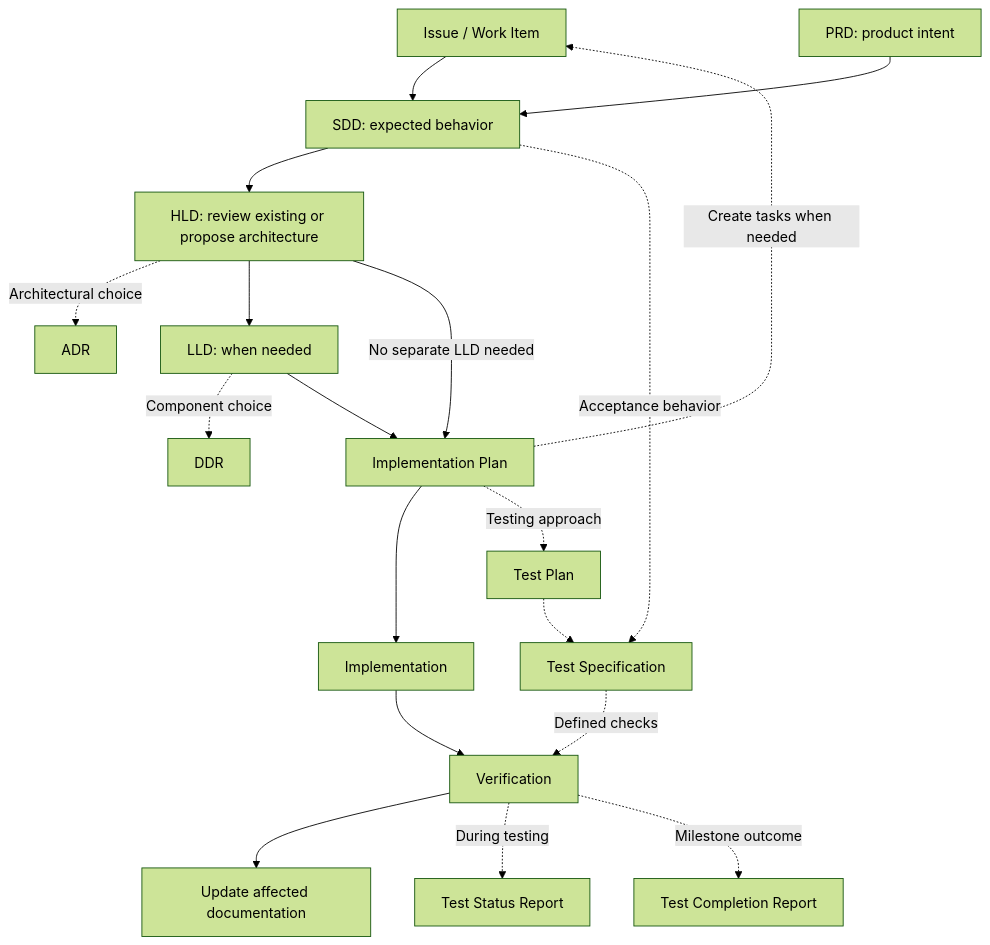
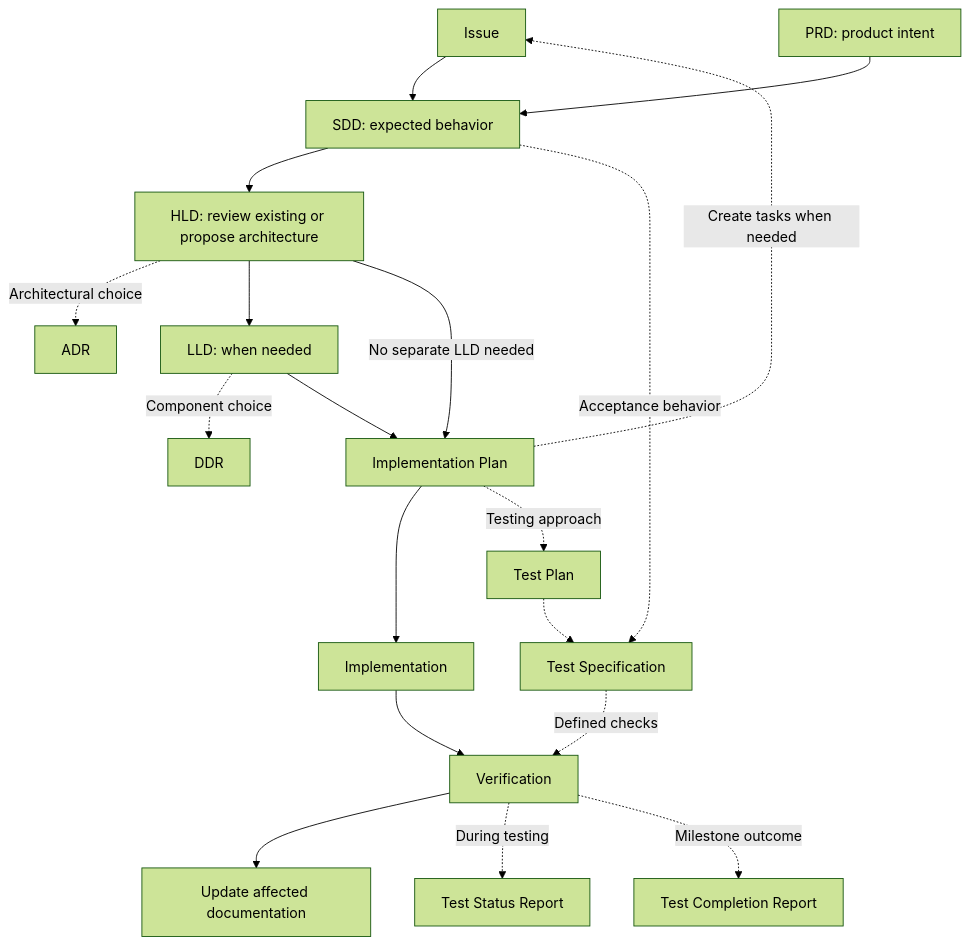
One commit to fatonsopa/ai-technical-writer changed the diagram in technical-writer/SKILL.md. Above: the diagram before and after it, drawn with Mermaid (forest theme). The commit also changed other lines of this file and 110 other files, not shown here.

````diff
--- a/technical-writer/SKILL.md
+++ b/technical-writer/SKILL.md
@@ -54,21 +54,21 @@
 ```mermaid
 flowchart TD
-    WI["Issue / Work Item"] --> SDD["SDD: expected behavior"]
+    WI["Issue"] --> SDD["SDD: expected behavior"]
     PRD["PRD: product intent"] --> SDD
     SDD --> HLD["HLD: review existing or propose architecture"]
     HLD -. "Architectural choice" .-> ADR["ADR"]
     HLD --> LLD["LLD: when needed"]
     HLD -->|No separate LLD needed| IP["Implementation Plan"]
     LLD -. "Component choice" .-> DDR["DDR"]
     LLD --> IP
     IP -. "Create tasks when needed" .-> WI
     IP --> CODE["Implementation"]
     CODE --> VERIFY["Verification"]
     VERIFY --> UPDATE["Update affected documentation"]
     IP -. "Testing approach" .-> TP["Test Plan"]
     SDD -. "Acceptance behavior" .-> TS["Test Specification"]
     TP -.-> TS
     TS -. "Defined checks" .-> VERIFY
     VERIFY -. "During testing" .-> TSR["Test Status Report"]
     VERIFY -. "Milestone outcome" .-> TCR["Test Completion Report"]
 ```
````
